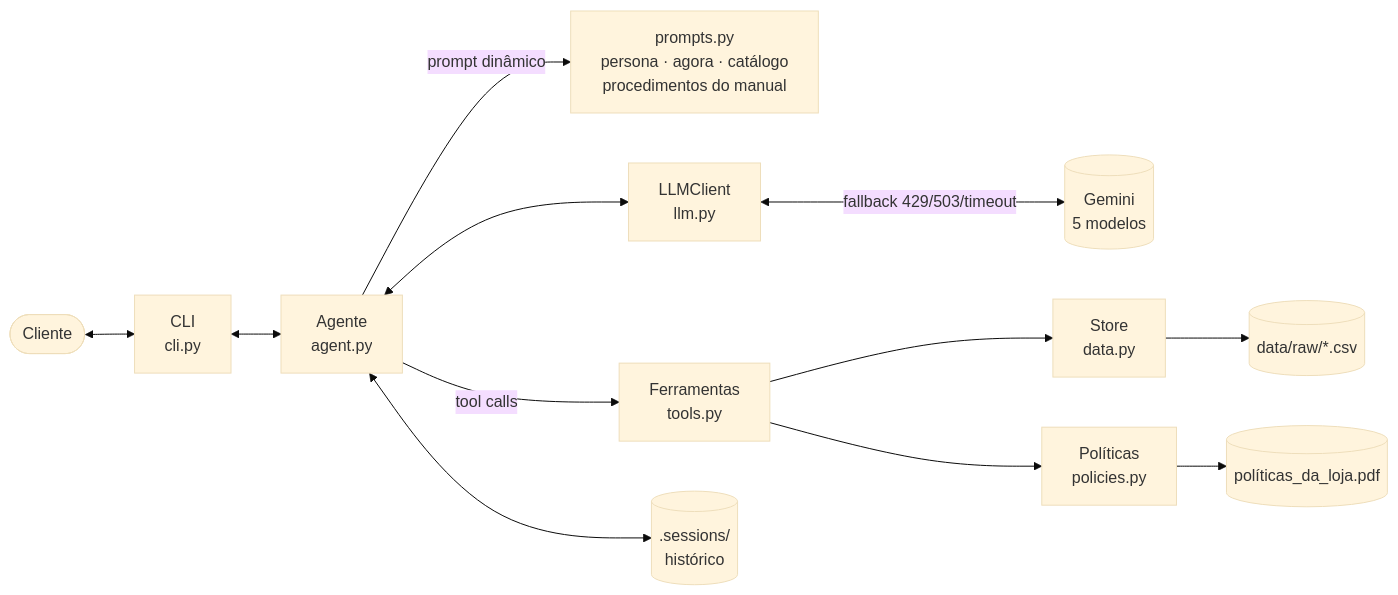
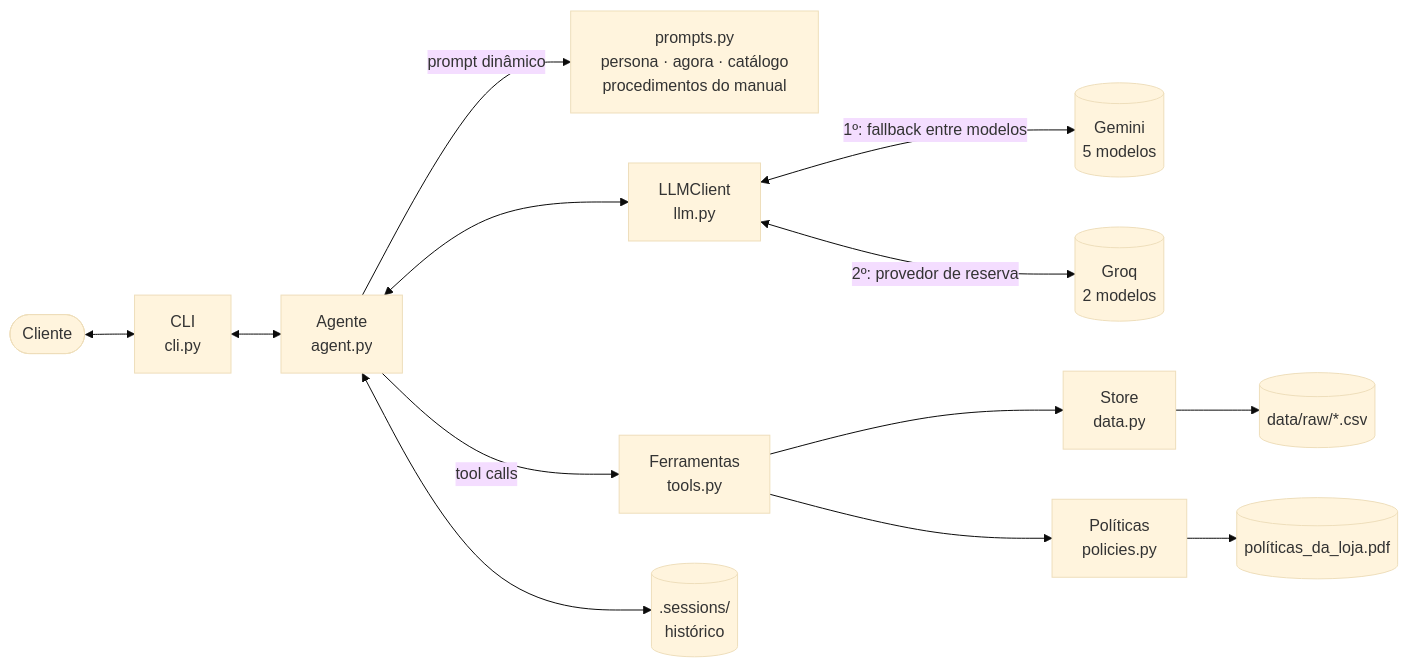
One commit to daianesmendes/emporio-agente changed the diagram in README.md. Above: the diagram before and after it, drawn with Mermaid (base theme). The commit also changed other lines of this file and 1 other file, not shown here.

First line of the commit message:
Conversa 3 regerada e README com Groq, validação e nova contradição do manual

````diff
--- a/README.md
+++ b/README.md
@@ -90,14 +98,15 @@
 ```mermaid
 flowchart LR
     U([Cliente]) <--> CLI[CLI<br/>cli.py]
     CLI <--> A[Agente<br/>agent.py]
     A -- prompt dinâmico --> P[prompts.py<br/>persona · agora · catálogo<br/>procedimentos do manual]
     A <--> L[LLMClient<br/>llm.py]
-    L <-- fallback 429/503/timeout --> G[(Gemini<br/>5 modelos)]
+    L <-- 1º: fallback entre modelos --> G[(Gemini<br/>5 modelos)]
+    L <-- 2º: provedor de reserva --> GQ[(Groq<br/>2 modelos)]
     A -- tool calls --> T[Ferramentas<br/>tools.py]
     T --> S[Store<br/>data.py]
     T --> PO[Políticas<br/>policies.py]
     S --> CSV[(data/raw/*.csv)]
     PO --> PDF[(políticas_da_loja.pdf)]
     A <--> H[(.sessions/<br/>histórico)]
 ```
````
